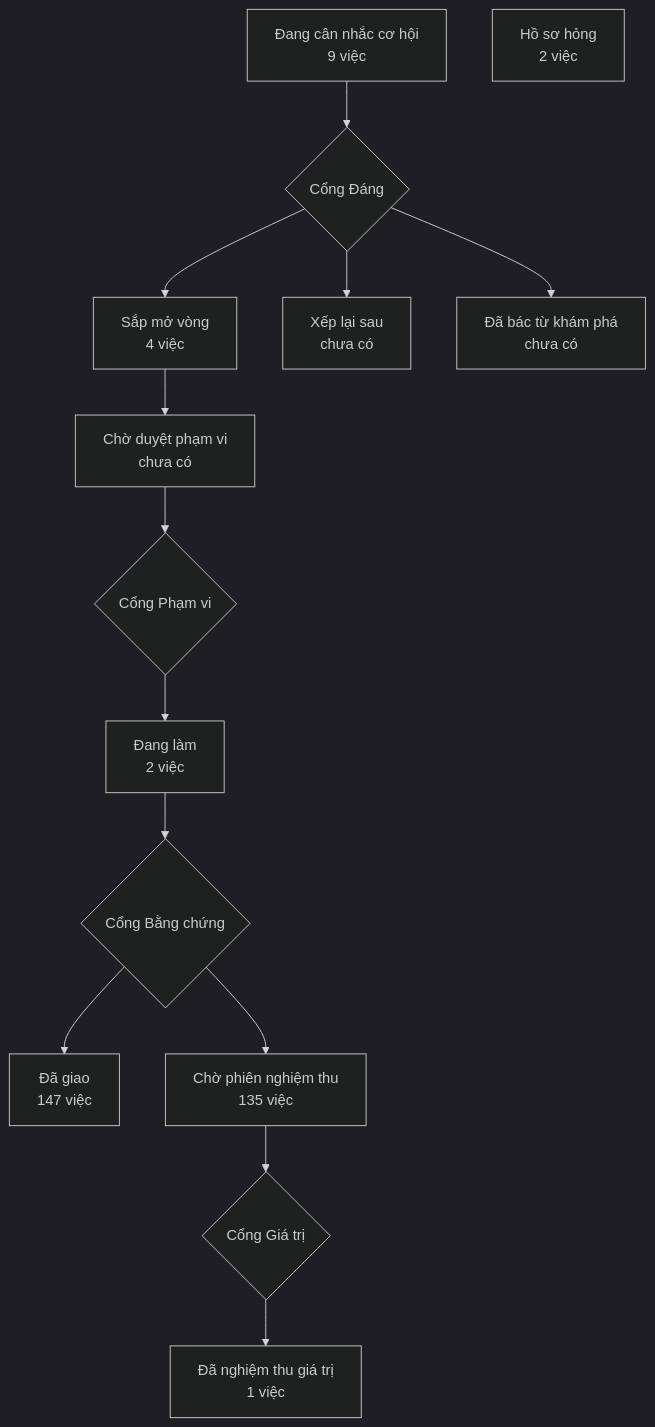
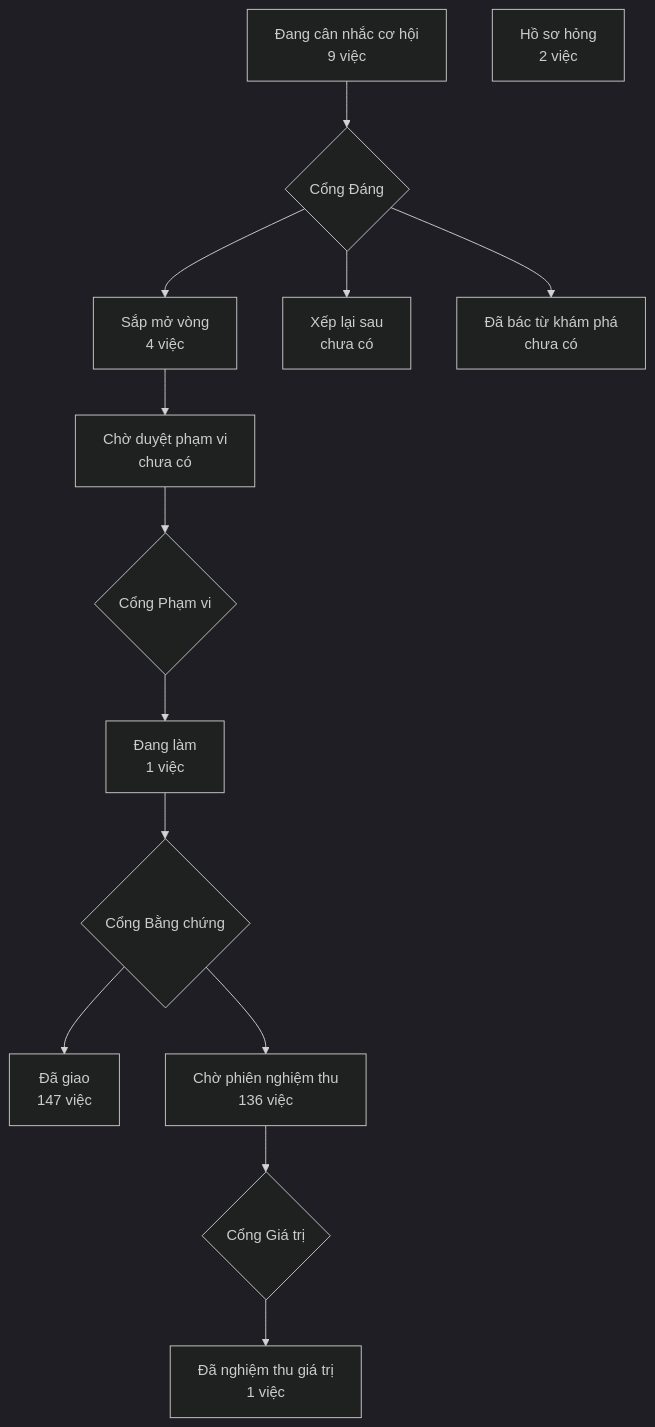
Before and after one commit to phanlemanh/crm-onehub: the diagram in PRODUCT-MAP.md, drawn with Mermaid (dark theme). The commit also changed 4 other files, not shown here.

````diff
--- a/PRODUCT-MAP.md
+++ b/PRODUCT-MAP.md
@@ -7,13 +7,13 @@
 ```mermaid
 flowchart TD
   A["Đang cân nhắc cơ hội<br/>9 việc"] --> GD{"Cổng Đáng"}
   GD --> B["Sắp mở vòng<br/>4 việc"]
   GD --> XL["Xếp lại sau<br/>chưa có"]
   GD --> DB["Đã bác từ khám phá<br/>chưa có"]
   B --> CD["Chờ duyệt phạm vi<br/>chưa có"] --> GP{"Cổng Phạm vi"}
-  GP --> DL["Đang làm<br/>2 việc"] --> GB{"Cổng Bằng chứng"}
+  GP --> DL["Đang làm<br/>1 việc"] --> GB{"Cổng Bằng chứng"}
   GB --> DG["Đã giao<br/>147 việc"]
-  GB --> CN["Chờ phiên nghiệm thu<br/>135 việc"] --> GG{"Cổng Giá trị"}
+  GB --> CN["Chờ phiên nghiệm thu<br/>136 việc"] --> GG{"Cổng Giá trị"}
   GG --> NT["Đã nghiệm thu giá trị<br/>1 việc"]
   HS["Hồ sơ hỏng<br/>2 việc"]
 ```
````
